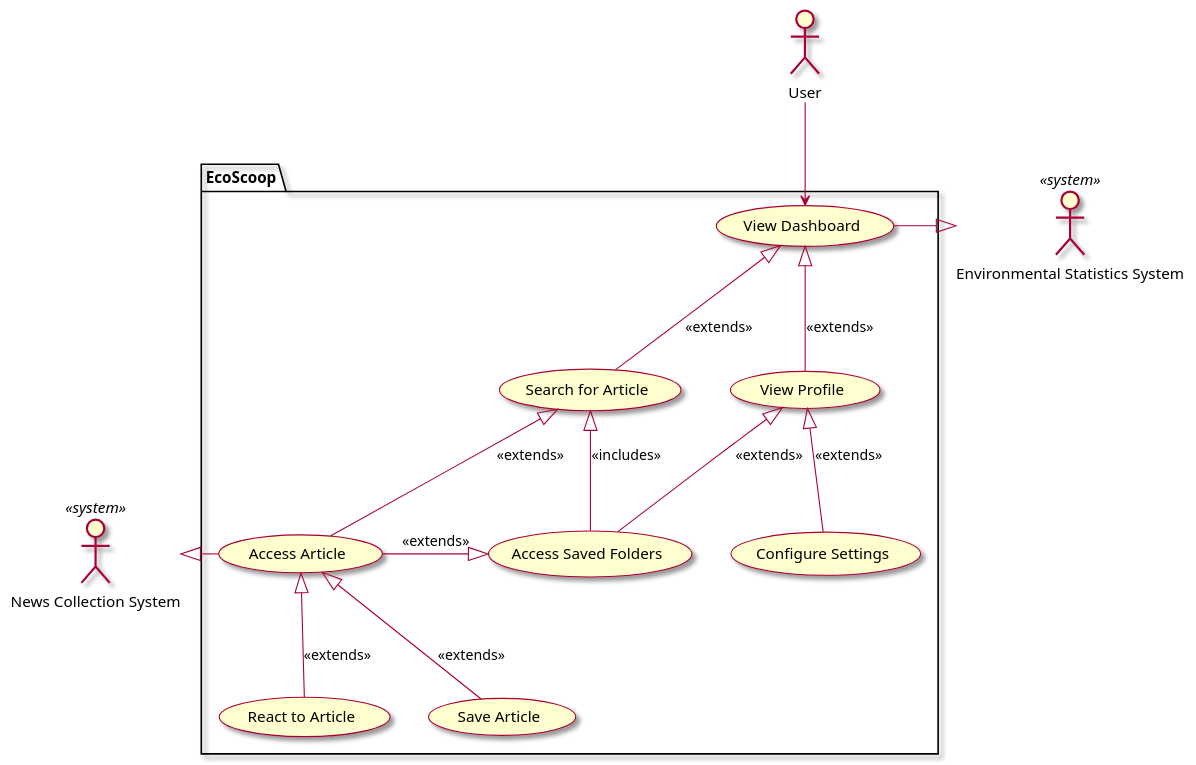
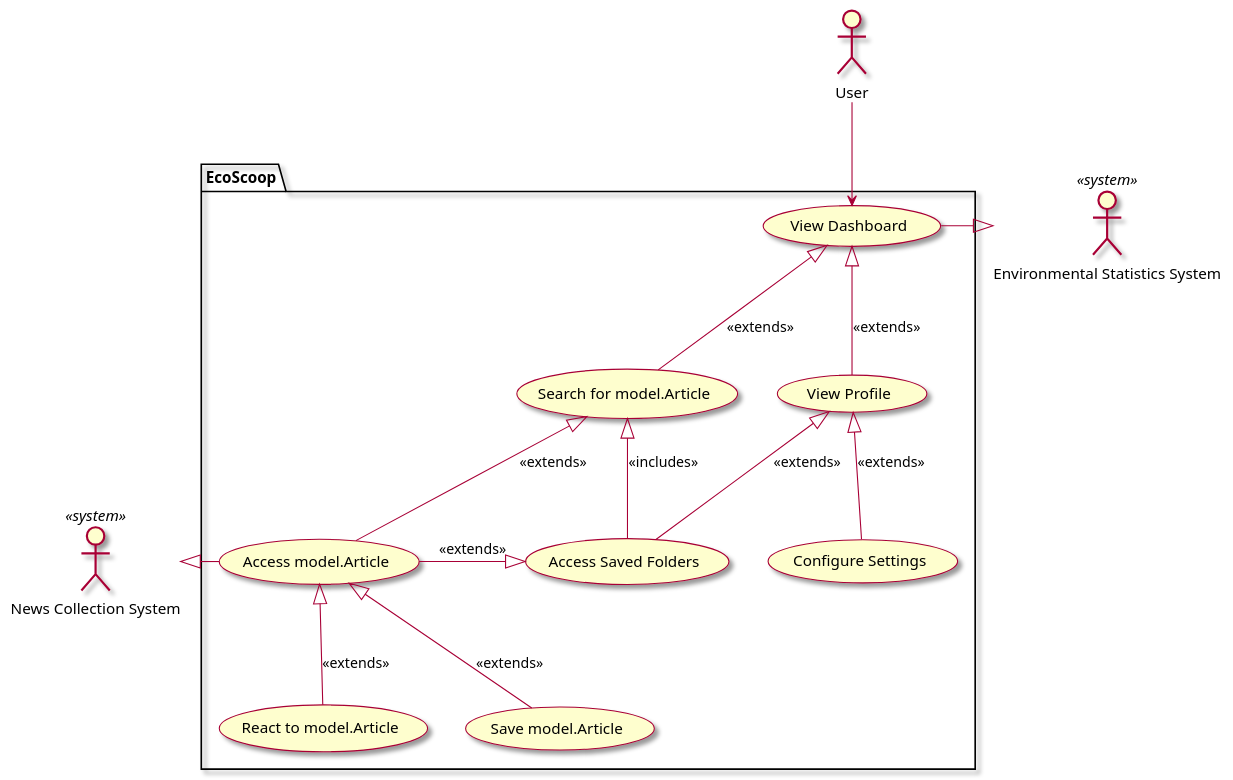
One commit to owhitleym-ui/EcoScoop changed the diagram in intellij/doc/vision.md. Above: the diagram before and after it, drawn with PlantUML. The commit also changed other lines of this file and 72 other files, not shown here.

````diff
--- a/intellij/doc/vision.md
+++ b/intellij/doc/vision.md
@@ -28,49 +28,49 @@
 ```plantuml
 @startuml
 skin rose
 
 'human actors
 actor "User" as user
 
 'system actors
 actor "News Collection System" <<system>> as internetSystem
 actor "Environmental Statistics System" <<system>> as envSystem
 
 ' list all use cases in package
 package EcoScoop{
  
-    usecase "Access Article" as accessArticle
-    usecase "Search for Article" as searchArticle
-    usecase "React to Article" as reactArticle
-    usecase "Save Article" as saveArticle
+    usecase "Access model.Article" as accessArticle
+    usecase "Search for model.Article" as searchArticle
+    usecase "React to model.Article" as reactArticle
+    usecase "Save model.Article" as saveArticle
     usecase "View Profile" as viewProfile
     usecase "Configure Settings" as changeSettings
     usecase "Access Saved Folders" as accessHistory
     usecase "View Dashboard" as viewDashboard
 }
 
 'list associations
 user --> viewDashboard
 
 viewDashboard <|-down- searchArticle : <<extends>>
 viewDashboard <|-down- viewProfile : <<extends>>
 
 
 searchArticle <|-down- accessArticle : <<extends>>
 
 
 accessArticle <|-down- reactArticle : <<extends>>
 accessArticle <|-down- saveArticle : <<extends>>
 
 internetSystem <|-right- accessArticle 
 
 envSystem <|-r- viewDashboard 
 
 searchArticle <|-- accessHistory :<<includes>>
 viewProfile <|-down- accessHistory : <<extends>>
 accessHistory <|-l- accessArticle : <<extends>>
 viewProfile <|-- changeSettings : <<extends>>
 
 
 @enduml
 ```
````
